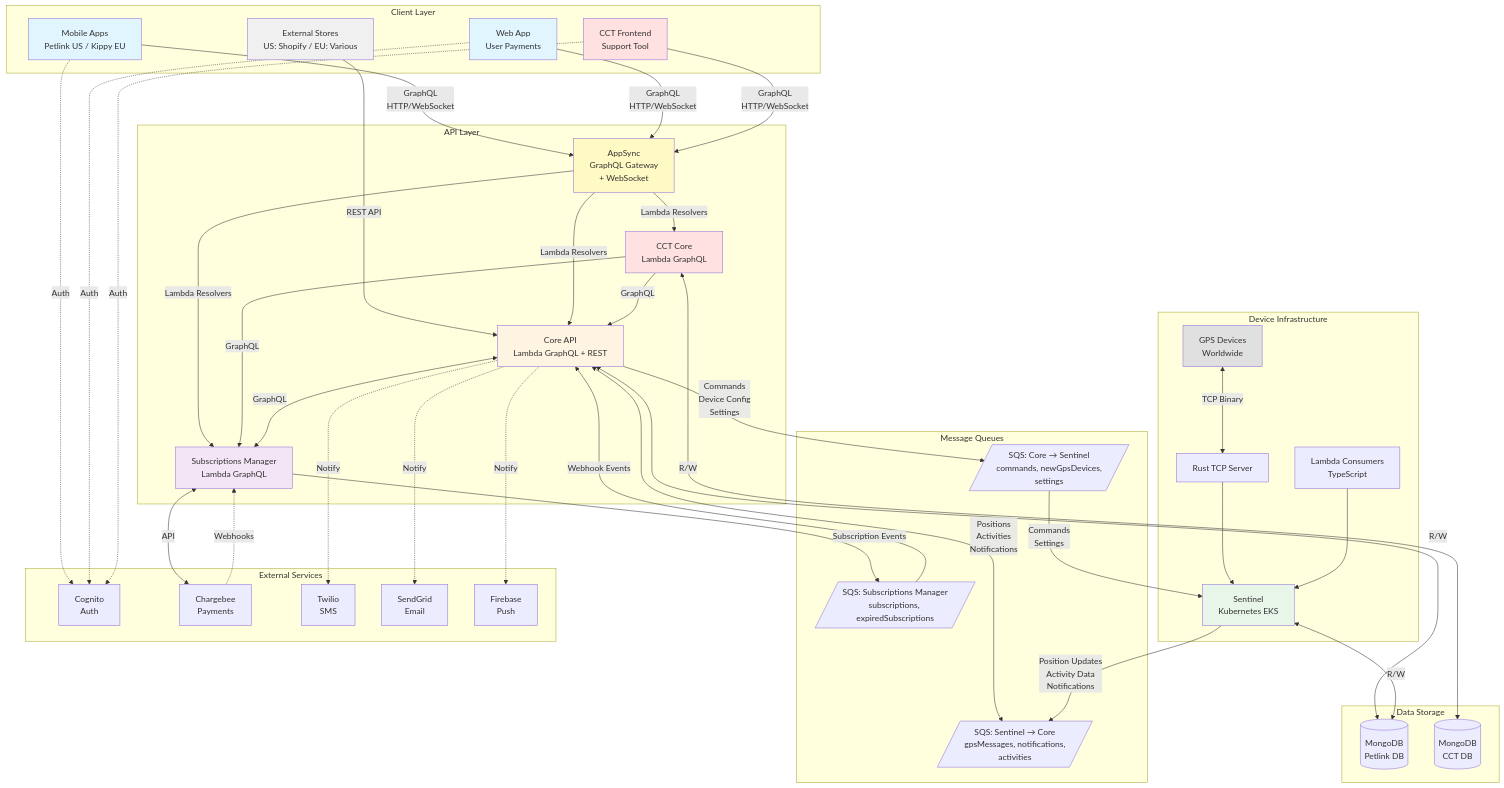
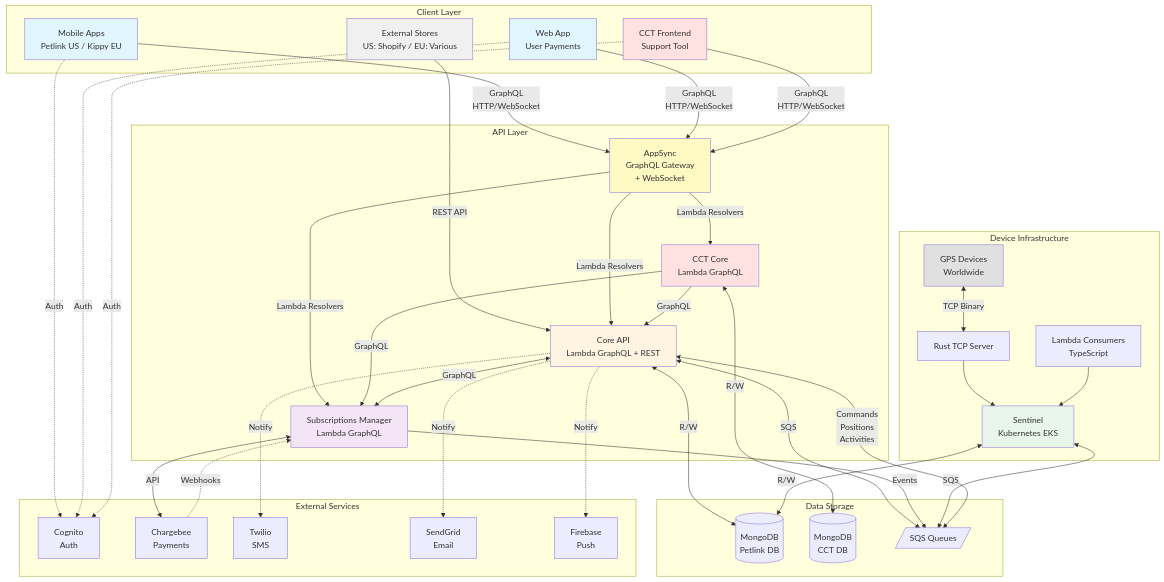
The first of 6 diagrams in docs/petlink-infrastructure.md (DatamarsSA/petlink-everywhere-test), drawn with Mermaid before and after one commit. The commit also changed other lines of this file, not shown here.

Commit message:
update queue docs infrastructure

````diff
--- a/docs/petlink-infrastructure.md
+++ b/docs/petlink-infrastructure.md
@@ -26,97 +26,90 @@
 ```mermaid
 graph TB
-    subgraph "Client Layer"
-        Stores[External Stores<br/>US: Shopify / EU: Various]
-        Mobile[Mobile Apps<br/>Petlink US / Kippy EU]
-        Web[Web App<br/>User Payments]
-        CCTFront[CCT Frontend<br/>Support Tool]
-    end
+  subgraph "Client Layer"
+    Stores[External Stores<br/>US: Shopify / EU: Various]
+    Mobile[Mobile Apps<br/>Petlink US / Kippy EU]
+    Web[Web App<br/>User Payments]
+    CCTFront[CCT Frontend<br/>Support Tool]
+  end
 
-    subgraph "API Layer"
-        AppSync[AppSync<br/>GraphQL Gateway<br/>+ WebSocket]
-        CCTCore[CCT Core<br/>Lambda GraphQL]
-        Core[Core API<br/>Lambda GraphQL + REST]
-        SubsMgr[Subscriptions Manager<br/>Lambda GraphQL]
-    end
+  subgraph "API Layer"
+    AppSync[AppSync<br/>GraphQL Gateway<br/>+ WebSocket]
+    CCTCore[CCT Core<br/>Lambda GraphQL]
+    Core[Core API<br/>Lambda GraphQL + REST]
+    SubsMgr[Subscriptions Manager<br/>Lambda GraphQL]
+  end
 
-    subgraph "Device Infrastructure"
-        Devices[GPS Devices<br/>Worldwide]
-        Sentinel[Sentinel<br/>Kubernetes EKS]
-        SentinelRust[Rust TCP Server]
-        SentinelLambda[Lambda Consumers<br/>TypeScript]
-    end
+  subgraph "Device Infrastructure"
+    Devices[GPS Devices<br/>Worldwide]
+    Sentinel[Sentinel<br/>Kubernetes EKS]
+    SentinelRust[Rust TCP Server]
+    SentinelLambda[Lambda Consumers<br/>TypeScript]
+  end
 
-    subgraph "Data Storage"
-        MongoDB[(MongoDB<br/>Petlink DB)]
-        CCTMongo[(MongoDB<br/>CCT DB)]
-    end
+  subgraph "Data Storage"
+    MongoDB[(MongoDB<br/>Petlink DB)]
+    CCTMongo[(MongoDB<br/>CCT DB)]
+    SQS[/SQS Queues/]
+  end
 
-    subgraph "Message Queues"
-        SQSSentinelToCore[/SQS: Sentinel → Core<br/>gpsMessages, notifications,<br/>activities/]
-        SQSCoreToSentinel[/SQS: Core → Sentinel<br/>commands, newGpsDevices,<br/>settings/]
-        SQSSubsMgr[/SQS: Subscriptions Manager<br/>subscriptions, expiredSubscriptions/]
-    end
+  subgraph "External Services"
+    Cognito[Cognito<br/>Auth]
+    Chargebee[Chargebee<br/>Payments]
+    Twilio[Twilio<br/>SMS]
+    SendGrid[SendGrid<br/>Email]
+    Firebase[Firebase<br/>Push]
+  end
 
-    subgraph "External Services"
-        Cognito[Cognito<br/>Auth]
-        Chargebee[Chargebee<br/>Payments]
-        Twilio[Twilio<br/>SMS]
-        SendGrid[SendGrid<br/>Email]
-        Firebase[Firebase<br/>Push]
-    end
+%% Client connections
+  Stores -->|REST API| Core
+  Mobile -->|GraphQL<br/>HTTP/WebSocket| AppSync
+  Web -->|GraphQL<br/>HTTP/WebSocket| AppSync
+  CCTFront -->|GraphQL<br/>HTTP/WebSocket| AppSync
 
-    %% Client connections
-    Stores -->|REST API| Core
-    Mobile -->|GraphQL<br/>HTTP/WebSocket| AppSync
-    Web -->|GraphQL<br/>HTTP/WebSocket| AppSync
-    CCTFront -->|GraphQL<br/>HTTP/WebSocket| AppSync
+%% AppSync connections
+  AppSync -->|Lambda Resolvers| CCTCore
+  AppSync -->|Lambda Resolvers| Core
+  AppSync -->|Lambda Resolvers| SubsMgr
 
-    %% AppSync connections
-    AppSync -->|Lambda Resolvers| CCTCore
-    AppSync -->|Lambda Resolvers| Core
-    AppSync -->|Lambda Resolvers| SubsMgr
+%% CCT connections
+  CCTCore -->|GraphQL| Core
+  CCTCore -->|GraphQL| SubsMgr
+  CCTCore <-->|R/W| CCTMongo
 
-    %% CCT connections
-    CCTCore -->|GraphQL| Core
-    CCTCore -->|GraphQL| SubsMgr
-    CCTCore <-->|R/W| CCTMongo
+%% Core connections
+  Core <-->|R/W| MongoDB
+  Core <-->|GraphQL| SubsMgr
+  Core <-->|SQS| SQS
 
-    %% Core connections
-    Core <-->|R/W| MongoDB
-    Core <-->|GraphQL| SubsMgr
-    Core -->|Commands<br/>Device Config<br/>Settings| SQSCoreToSentinel
-    Core <-->|Positions<br/>Activities<br/>Notifications| SQSSentinelToCore
+%% Subscriptions
+  SubsMgr <-->|API| Chargebee
+  Chargebee -.->|Webhooks| SubsMgr
+  SubsMgr -->|Events| SQS
 
-    %% Subscriptions
-    SubsMgr <-->|API| Chargebee
-    Chargebee -.->|Webhooks| SubsMgr
-    SubsMgr -->|Subscription Events| SQSSubsMgr
-    SQSSubsMgr -->|Webhook Events| Core
+%% Device infrastructure
+  Devices <-->|TCP Binary| SentinelRust
+  SentinelRust --> Sentinel
+  SentinelLambda --> Sentinel
+  Sentinel <-->|SQS| SQS
+  SQS <-->|Commands<br/>Positions<br/>Activities| Core
+  Sentinel <-->|R/W| MongoDB
 
-    %% Device infrastructure
-    Devices <-->|TCP Binary| SentinelRust
-    SentinelRust --> Sentinel
-    SentinelLambda --> Sentinel
-    Sentinel -->|Position Updates<br/>Activity Data<br/>Notifications| SQSSentinelToCore
-    SQSCoreToSentinel -->|Commands<br/>Settings| Sentinel
-    Sentinel <-->|R/W| MongoDB
+%% External services
+  Mobile -.->|Auth| Cognito
+  Web -.->|Auth| Cognito
+  CCTFront -.->|Auth| Cognito
+  Core -.->|Notify| Twilio
+  Core -.->|Notify| SendGrid
+  Core -.->|Notify| Firebase
 
-    %% External services
-    Mobile -.->|Auth| Cognito
-    Web -.->|Auth| Cognito
-    CCTFront -.->|Auth| Cognito
-    Core -.->|Notify| Twilio
-    Core -.->|Notify| SendGrid
-    Core -.->|Notify| Firebase
-
-    style Stores fill:#f0f0f0
-    style Mobile fill:#e1f5ff
-    style Web fill:#e1f5ff
-    style CCTFront fill:#ffe1e1
-    style AppSync fill:#fff9c4
-    style CCTCore fill:#ffe1e1
-    style Core fill:#fff4e1
-    style SubsMgr fill:#f3e5f5
-    style Sentinel fill:#e8f5e9
-    style Devices fill:#e0e0e0
+  style Stores fill:#f0f0f0
+  style Mobile fill:#e1f5ff
+  style Web fill:#e1f5ff
+  style CCTFront fill:#ffe1e1
+  style AppSync fill:#fff9c4
+  style CCTCore fill:#ffe1e1
+  style Core fill:#fff4e1
+  style SubsMgr fill:#f3e5f5
+  style Sentinel fill:#e8f5e9
+  style Devices fill:#e0e0e0
 ```
````
